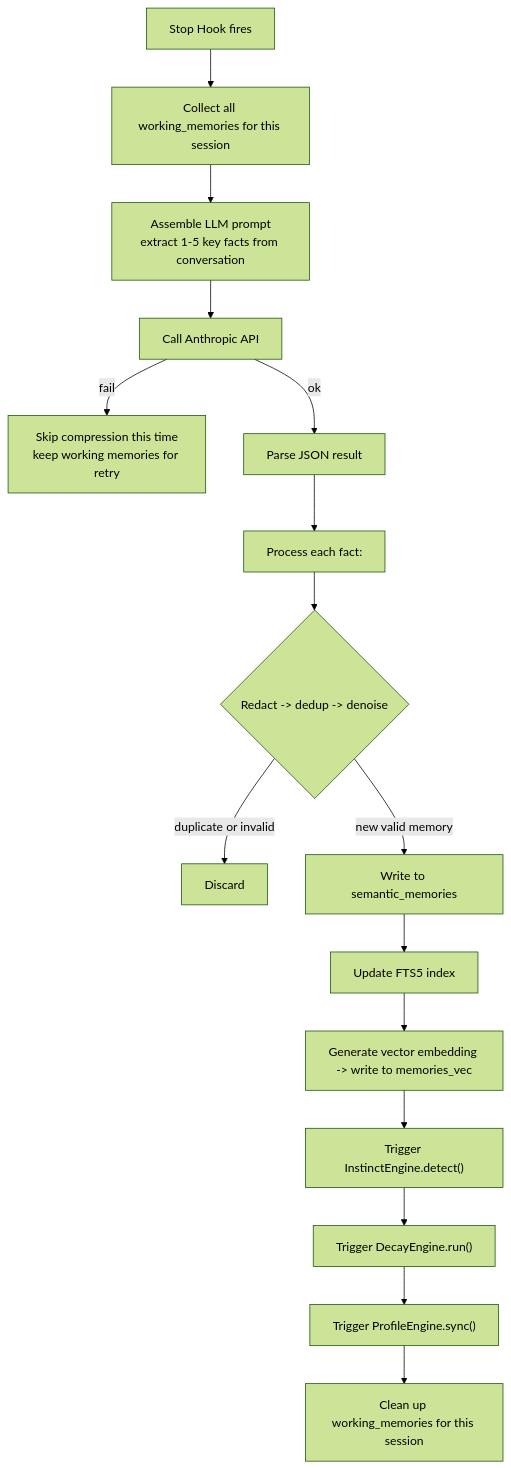
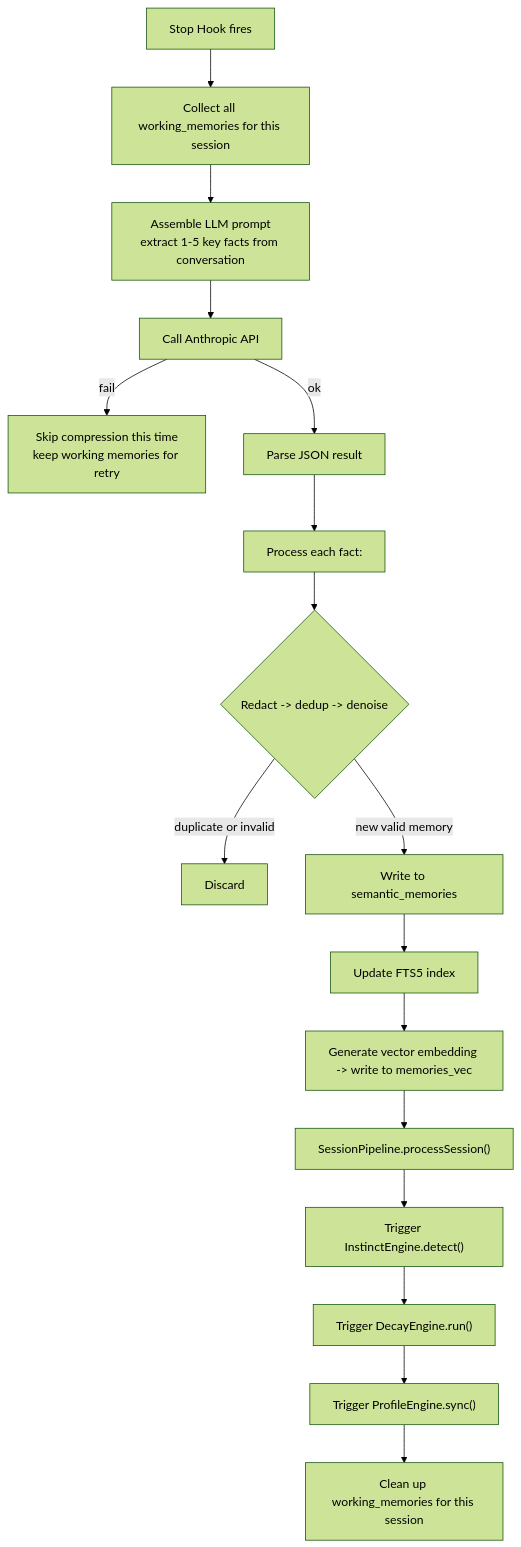
The sixth of 10 diagrams in docs/architecture.md (Lucas-lgm/clio), drawn with Mermaid (forest theme) before and after one commit. The commit also changed other lines of this file, not shown here.

First line of the commit message:
docs: update architecture diagrams after pipeline extraction and capture split

````diff
--- a/docs/architecture.md
+++ b/docs/architecture.md
@@ -313,18 +327,19 @@
 ```mermaid
 flowchart TD
     A["Stop Hook fires"] --> B["Collect all working_memories for this session"]
     B --> C["Assemble LLM prompt<br>extract 1-5 key facts from conversation"]
     C --> D["Call Anthropic API"]
     D -->|fail| E["Skip compression this time<br>keep working memories for retry"]
     D -->|ok| F["Parse JSON result"]
     F --> G["Process each fact:"]
     G --> H{Redact -> dedup -> denoise}
     H -->|duplicate or invalid| I["Discard"]
     H -->|new valid memory| J["Write to semantic_memories"]
     J --> K["Update FTS5 index"]
     K --> L["Generate vector embedding -> write to memories_vec"]
-    L --> M["Trigger InstinctEngine.detect()"]
-    M --> N["Trigger DecayEngine.run()"]
-    N --> O["Trigger ProfileEngine.sync()"]
-    O --> P["Clean up working_memories for this session"]
+    L --> M["SessionPipeline.processSession()"]
+    M --> N["Trigger InstinctEngine.detect()"]
+    N --> O["Trigger DecayEngine.run()"]
+    O --> P["Trigger ProfileEngine.sync()"]
+    P --> Q["Clean up working_memories for this session"]
 ```
````
